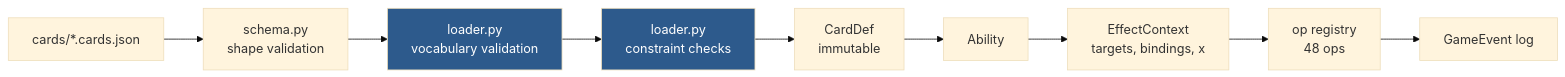
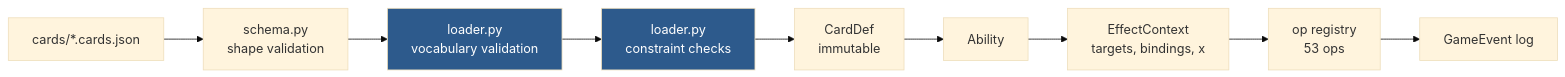
One commit to TylerGauntlett/commander-blitz changed the diagram in docs/card-dsl.md. Above: the diagram before and after it, drawn with Mermaid (base theme). The commit also changed other lines of this file and 9 other files, not shown here.

````diff
--- a/docs/card-dsl.md
+++ b/docs/card-dsl.md
@@ -6,14 +6,14 @@
 ```mermaid
 flowchart LR
     json["cards/*.cards.json"] --> pydantic["schema.py<br/>shape validation"]
     pydantic --> vocab["loader.py<br/>vocabulary validation"]
     vocab --> constraints["loader.py<br/>constraint checks"]
     constraints --> carddef["CardDef<br/>immutable"]
     carddef --> ability["Ability"]
     ability --> ctx["EffectContext<br/>targets, bindings, x"]
-    ctx --> ops["op registry<br/>48 ops"]
+    ctx --> ops["op registry<br/>53 ops"]
     ops --> events["GameEvent log"]
 
     style vocab fill:#2d5a8c,color:#fff
     style constraints fill:#2d5a8c,color:#fff
 ```
````
